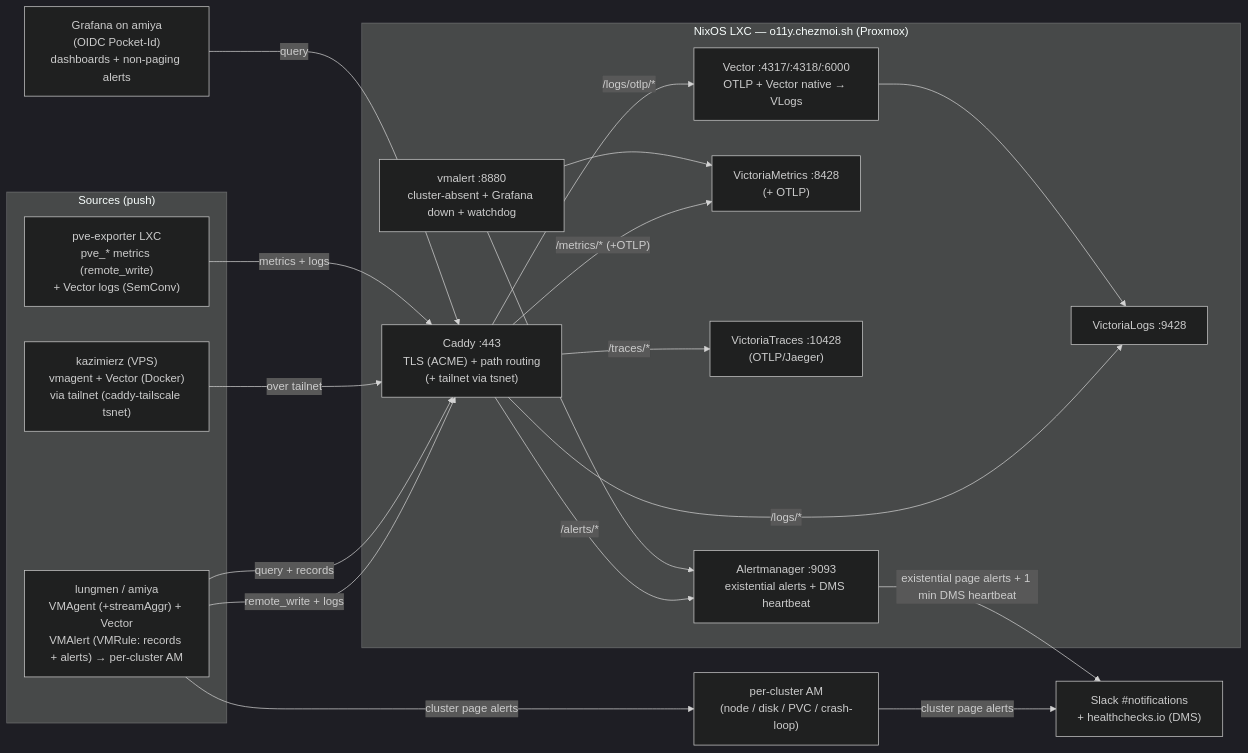
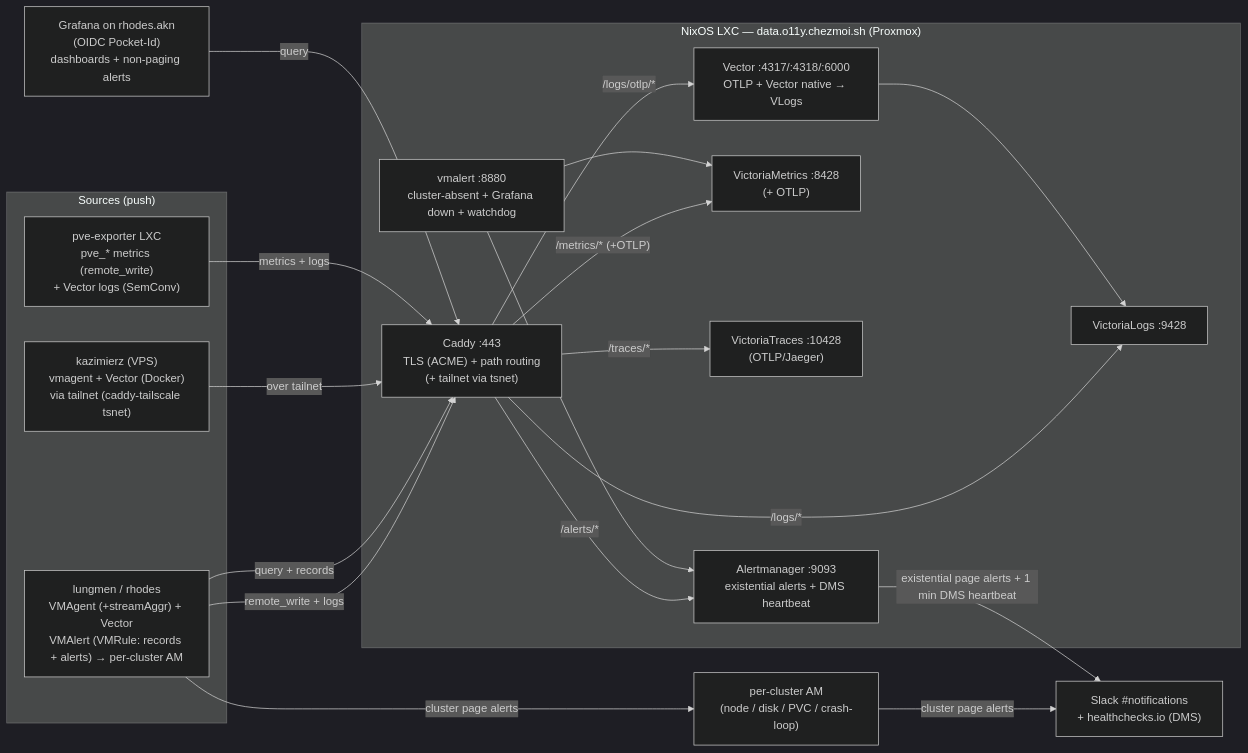
The diagram in docs/decisions/013-centralized-observability-victoriametrics-lxc.md (chezmoidotsh/arcane), drawn with Mermaid (dark theme) before and after one commit. The commit also changed other lines of this file and 21 other files, not shown here.

First line of the commit message:
>[project:chezmoi.sh,catalog:nix,gh]: Rename o11y.chezmoi.sh backend to data.o11y.chezmoi.sh

````diff
--- a/docs/decisions/013-centralized-observability-victoriametrics-lxc.md
+++ b/docs/decisions/013-centralized-observability-victoriametrics-lxc.md
@@ -279,39 +279,39 @@
 ```mermaid
 flowchart LR
   subgraph sources["Sources (push)"]
-    LA["lungmen / amiya<br/>VMAgent (+streamAggr) + Vector<br/>VMAlert (VMRule: records + alerts) → per-cluster AM"]
+    LA["lungmen / rhodes<br/>VMAgent (+streamAggr) + Vector<br/>VMAlert (VMRule: records + alerts) → per-cluster AM"]
     KZ["kazimierz (VPS)<br/>vmagent + Vector (Docker)<br/>via tailnet (caddy-tailscale tsnet)"]
     PVEXP["pve-exporter LXC<br/>pve_* metrics (remote_write)<br/>+ Vector logs (SemConv)"]
   end
 
-  subgraph lxc["NixOS LXC — o11y.chezmoi.sh (Proxmox)"]
+  subgraph lxc["NixOS LXC — data.o11y.chezmoi.sh (Proxmox)"]
     CADDY["Caddy :443<br/>TLS (ACME) + path routing<br/>(+ tailnet via tsnet)"]
     VECTOR["Vector :4317/:4318/:6000<br/>OTLP + Vector native → VLogs"]
     VM["VictoriaMetrics :8428<br/>(+ OTLP)"]
     VL["VictoriaLogs :9428"]
     VT["VictoriaTraces :10428<br/>(OTLP/Jaeger)"]
     VMALERT["vmalert :8880<br/>cluster-absent + Grafana down + watchdog"]
     AM["Alertmanager :9093<br/>existential alerts + DMS heartbeat"]
     CADDY -->|"/logs/otlp/*"| VECTOR
     CADDY -->|"/logs/*"| VL
     CADDY -->|"/traces/*"| VT
     CADDY -->|"/alerts/*"| AM
     CADDY -->|"/metrics/* (+OTLP)"| VM
     VECTOR --> VL
     VMALERT --> VM
     VMALERT --> AM
   end
 
-  GRAF["Grafana on amiya<br/>(OIDC Pocket-Id)<br/>dashboards + non-paging alerts"]
+  GRAF["Grafana on rhodes.akn<br/>(OIDC Pocket-Id)<br/>dashboards + non-paging alerts"]
   EXT["Slack #notifications<br/>+ healthchecks.io (DMS)"]
   CRAM["per-cluster AM<br/>(node / disk / PVC / crash-loop)"]
 
   LA -->|"remote_write + logs"| CADDY
   LA -->|"query + records"| CADDY
   LA -->|"cluster page alerts"| CRAM
   KZ -->|"over tailnet"| CADDY
   PVEXP -->|"metrics + logs"| CADDY
   GRAF -->|"query"| CADDY
   AM -->|"existential page alerts + 1 min DMS heartbeat"| EXT
   CRAM -->|"cluster page alerts"| EXT
 ```
````
